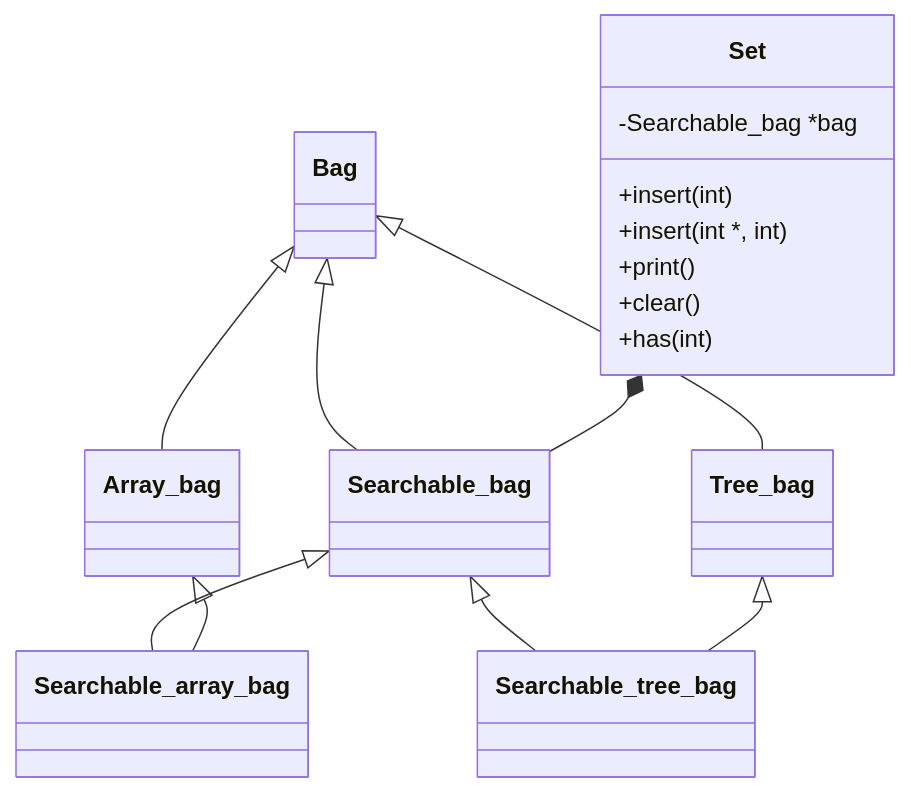
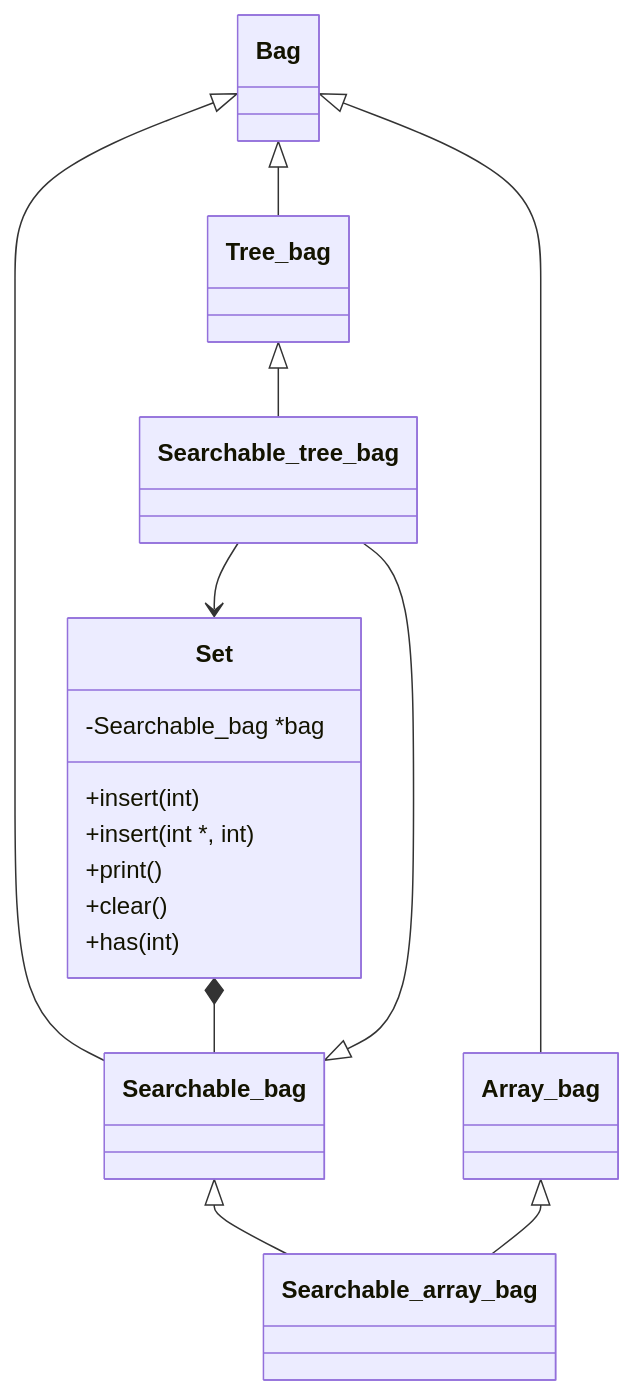
Before and after one commit to luismiguelcasadodiaz/Exam_rank_05: the diagram in l0/polyset/README.md, drawn with Mermaid.

````diff
--- a/l0/polyset/README.md
+++ b/l0/polyset/README.md
@@ -16,24 +16,26 @@
 ```mermaid
 classDiagram
   class Bag
   class Array_bag
   class Tree_bag
   class Searchable_bag
   class Searchable_array_bag
   class Searchable_tree_bag
   class Set
+  %% plot Set after Searchable_tree_bag
+  Searchable_tree_bag --> Set
   Set : -Searchable_bag *bag
   Set : +insert(int)
   Set : +insert(int *, int)
   Set : +print()
   Set : +clear()
   Set : +has(int)
   Bag <|-- Array_bag
   Bag <|-- Tree_bag
   Bag <|-- Searchable_bag
   Searchable_bag <|-- Searchable_tree_bag
   Searchable_bag <|-- Searchable_array_bag
   Tree_bag <|-- Searchable_tree_bag
   Array_bag <|-- Searchable_array_bag
   Set *-- Searchable_bag
 ```
````
